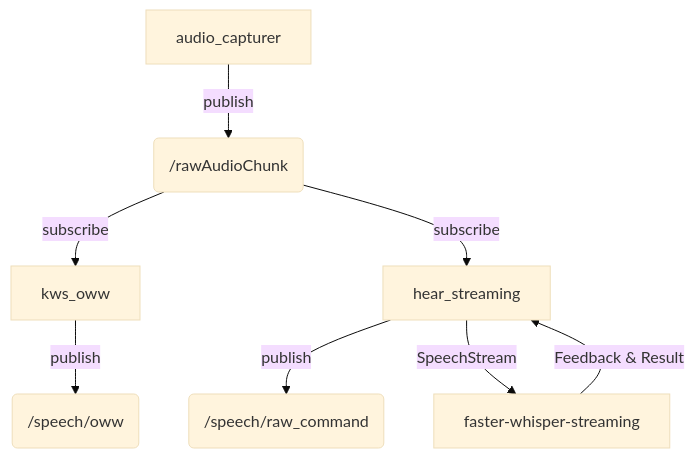
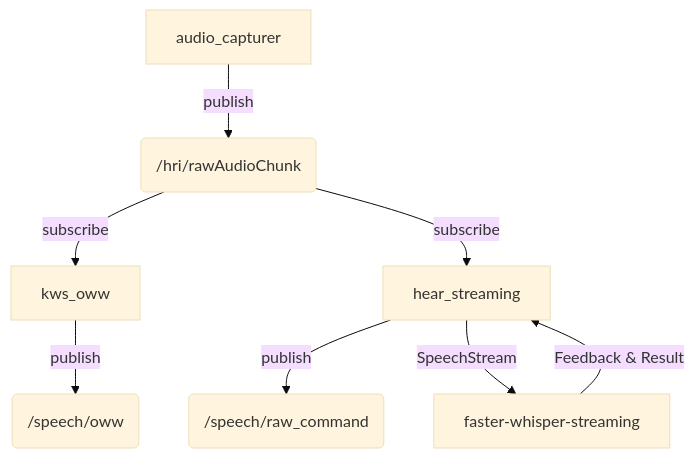
Before and after one commit to RoBorregos/home2: the diagram in hri/README.md, drawn with Mermaid (base theme). The commit also changed 6 other files, not shown here.

````diff
--- a/hri/README.md
+++ b/hri/README.md
@@ -117,10 +117,10 @@
 ```mermaid
 flowchart TD
-    ad[audio_capturer] -->|publish| rac(/rawAudioChunk)
+    ad[audio_capturer] -->|publish| rac(/hri/rawAudioChunk)
     rac -->|subscribe| kws[kws_oww]
     kws -->|publish| oww(/speech/oww)
     rac -->|subscribe| hs[hear_streaming]
     hs -->|publish| rc(/speech/raw_command)
     hs -->|SpeechStream| stt[faster-whisper-streaming]
     stt -->|Feedback & Result| hs
 ```
````
